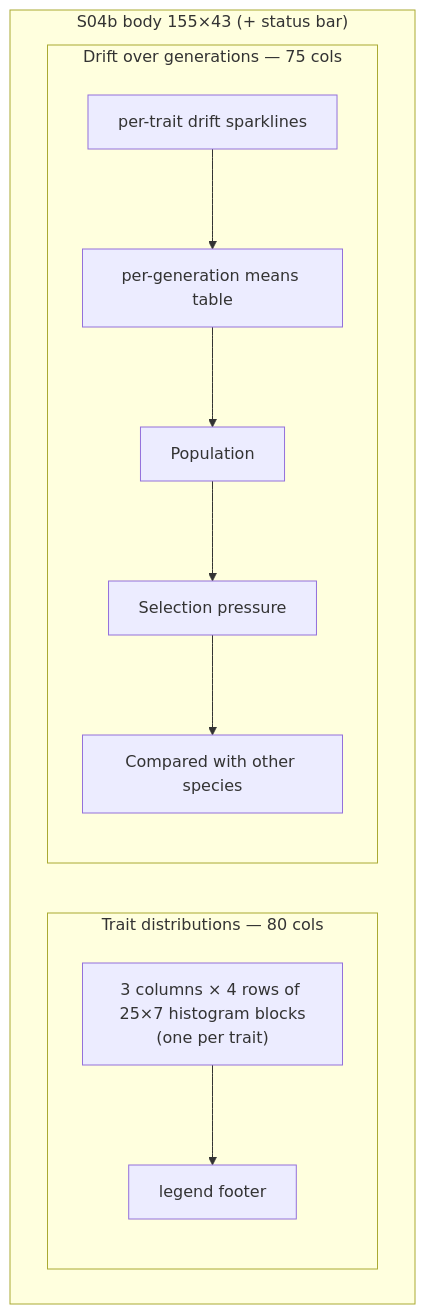
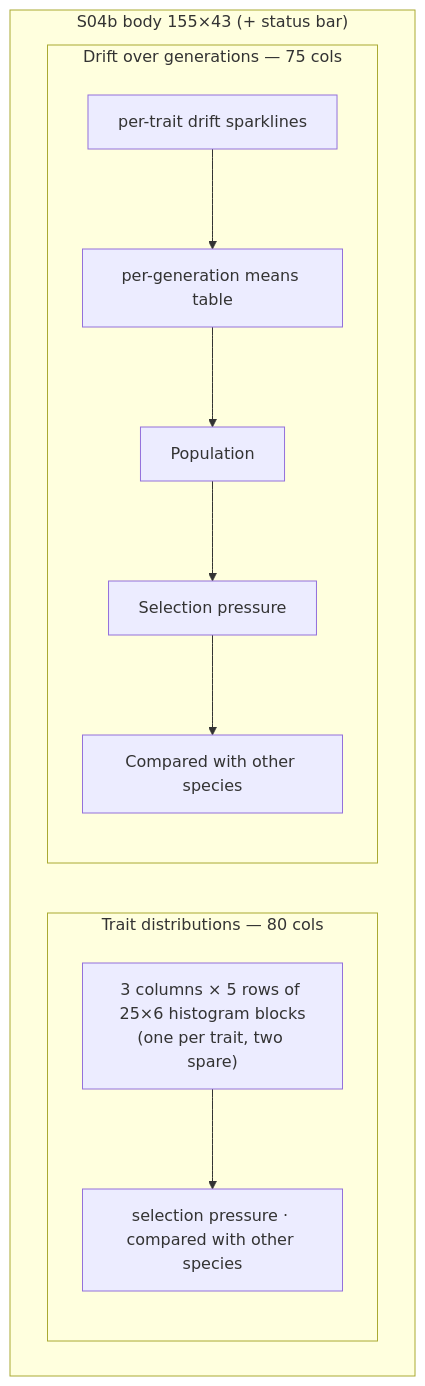
The second of 3 diagrams in docs/screens/s04-species-browser.md (sbayer55/sim-fortress), drawn with Mermaid before and after one commit. The commit also changed other lines of this file and 49 other files, not shown here.

````diff
--- a/docs/screens/s04-species-browser.md
+++ b/docs/screens/s04-species-browser.md
@@ -54,21 +54,21 @@
 ```mermaid
 flowchart LR
     subgraph b["S04b body 155×43 (+ status bar)"]
         direction LR
         subgraph H["Trait distributions — 80 cols"]
             direction TB
-            H1["3 columns × 4 rows of 25×7 histogram blocks<br/>(one per trait)"]
-            H2["legend footer"]
+            H1["3 columns × 5 rows of 25×6 histogram blocks<br/>(one per trait, two spare)"]
+            H2["selection pressure · compared with other species"]
             H1 --> H2
         end
         subgraph D["Drift over generations — 75 cols"]
             direction TB
             D1["per-trait drift sparklines"]
             D2["per-generation means table"]
             D3["Population"]
             D4["Selection pressure"]
             D5["Compared with other species"]
             D1 --> D2 --> D3 --> D4 --> D5
         end
     end
 ```
````
